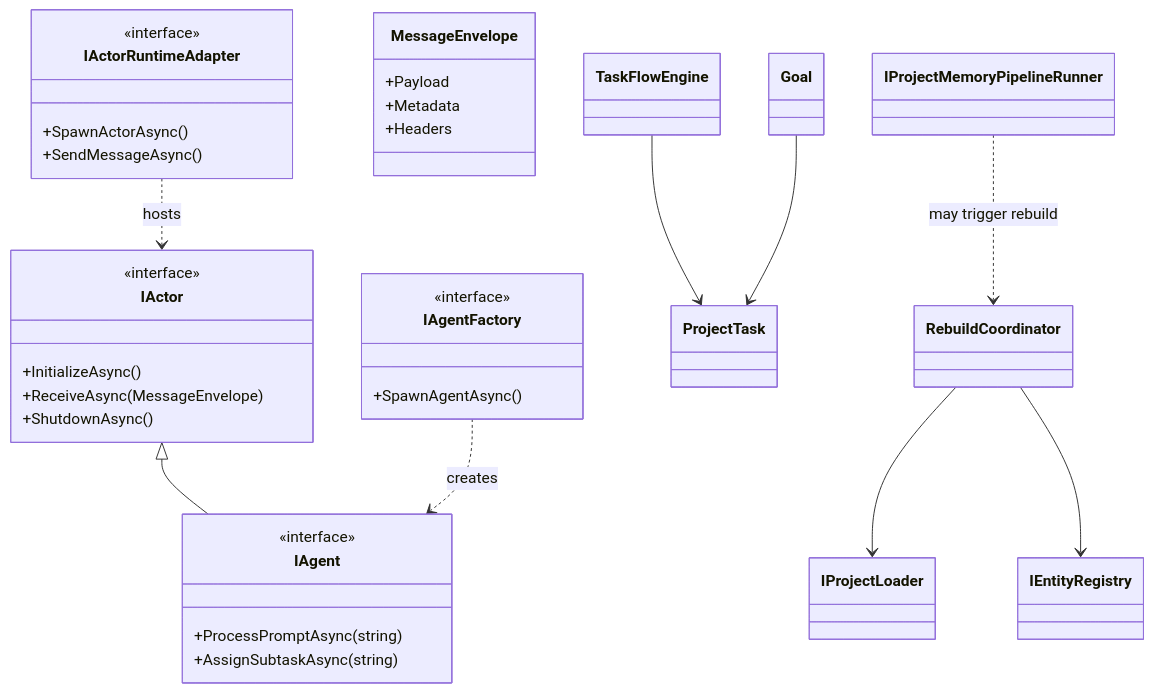
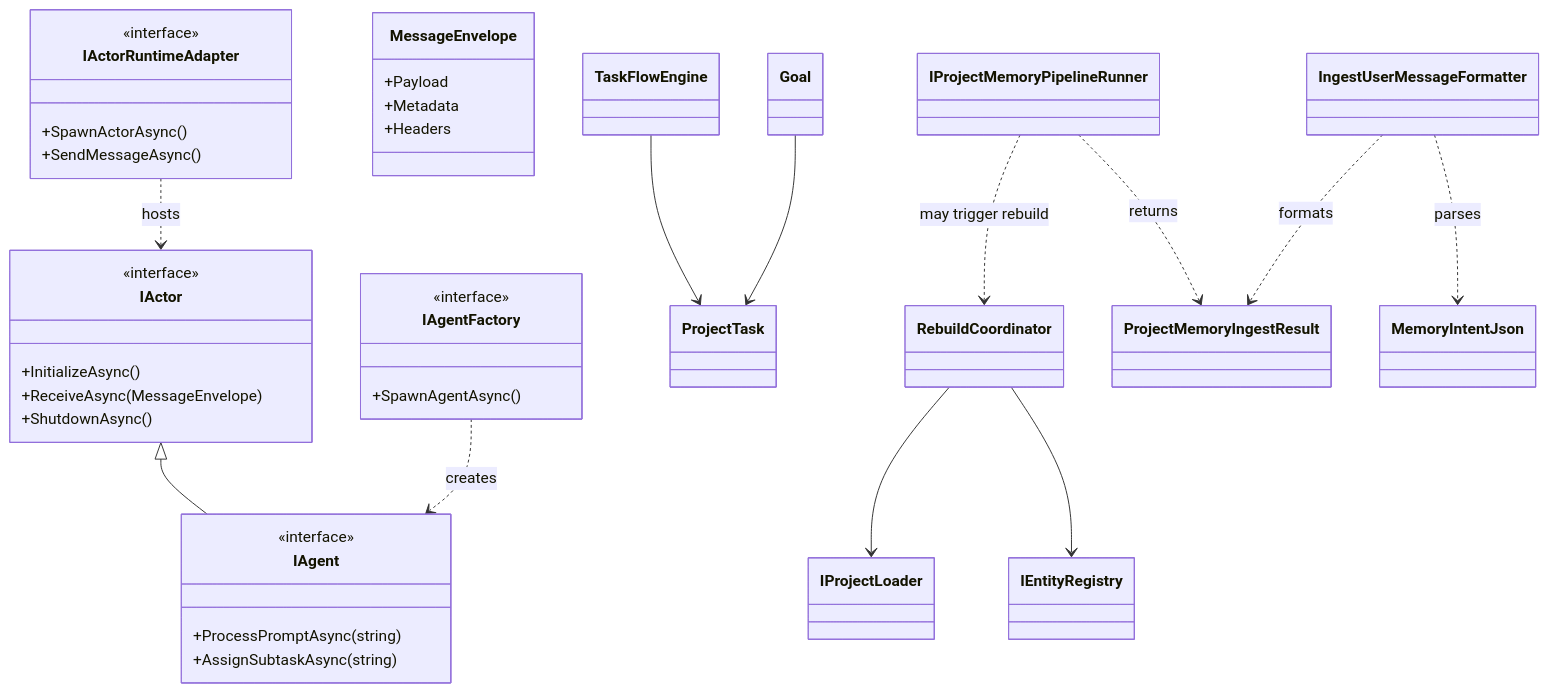
The diagram in AgctorSDK.Core/docs/class-diagram.mmd (rahamohebbi/Agctor), drawn with Mermaid before and after one commit. The commit also changed 16 other files, not shown here.

First line of the commit message:
Add ProjectMemory playground & ingest formatter docs

```diff
--- a/AgctorSDK.Core/docs/class-diagram.mmd
+++ b/AgctorSDK.Core/docs/class-diagram.mmd
@@ -1,48 +1,54 @@
 classDiagram
   class IActor {
     <<interface>>
     +InitializeAsync()
     +ReceiveAsync(MessageEnvelope)
     +ShutdownAsync()
   }
 
   class IAgent {
     <<interface>>
     +ProcessPromptAsync(string)
     +AssignSubtaskAsync(string)
   }
 
   class IActorRuntimeAdapter {
     <<interface>>
     +SpawnActorAsync()
     +SendMessageAsync()
   }
 
   class IAgentFactory {
     <<interface>>
     +SpawnAgentAsync()
   }
 
   class MessageEnvelope {
     +Payload
     +Metadata
     +Headers
   }
 
   class Goal
   class ProjectTask
   class TaskFlowEngine
 
   class IProjectLoader
   class IEntityRegistry
   class RebuildCoordinator
   class IProjectMemoryPipelineRunner
+  class ProjectMemoryIngestResult
+  class MemoryIntentJson
+  class IngestUserMessageFormatter
 
   IActor <|-- IAgent
   IAgentFactory ..> IAgent : creates
   IActorRuntimeAdapter ..> IActor : hosts
   RebuildCoordinator --> IProjectLoader
   RebuildCoordinator --> IEntityRegistry
   IProjectMemoryPipelineRunner ..> RebuildCoordinator : may trigger rebuild
+  IProjectMemoryPipelineRunner ..> ProjectMemoryIngestResult : returns
+  IngestUserMessageFormatter ..> MemoryIntentJson : parses
+  IngestUserMessageFormatter ..> ProjectMemoryIngestResult : formats
   TaskFlowEngine --> ProjectTask
   Goal --> ProjectTask
```
